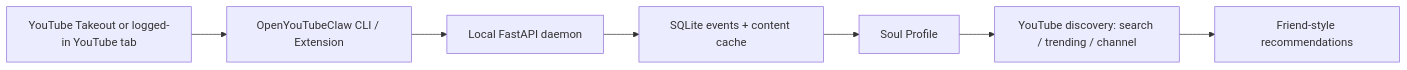
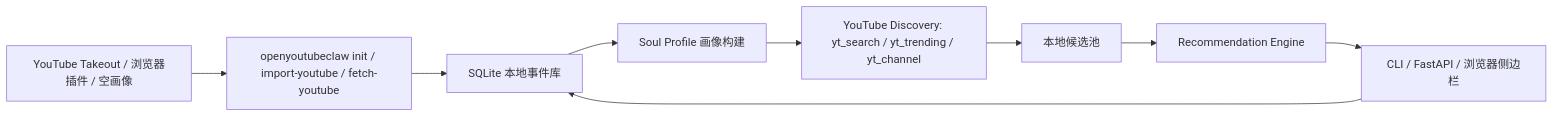
One commit to steinyanaa/OpenYouTubeClaw changed the diagram in README.md. Above: the diagram before and after it, drawn with Mermaid. The commit also changed other lines of this file and 8 other files, not shown here.

````diff
--- a/README.md
+++ b/README.md
@@ -5,9 +19,11 @@
 ```mermaid
 flowchart LR
-  A[YouTube Takeout or logged-in YouTube tab] --> B[OpenYouTubeClaw CLI / Extension]
-  B --> C[Local FastAPI daemon]
-  C --> D[SQLite events + content cache]
-  D --> E[Soul Profile]
-  E --> F[YouTube discovery: search / trending / channel]
-  F --> G[Friend-style recommendations]
+  A["YouTube Takeout / 浏览器插件 / 空画像"] --> B["openyoutubeclaw init / import-youtube / fetch-youtube"]
+  B --> C["SQLite 本地事件库"]
+  C --> D["Soul Profile 画像构建"]
+  D --> E["YouTube Discovery: yt_search / yt_trending / yt_channel"]
+  E --> F["本地候选池"]
+  F --> G["Recommendation Engine"]
+  G --> H["CLI / FastAPI / 浏览器侧边栏"]
+  H --> C
 ```
````
